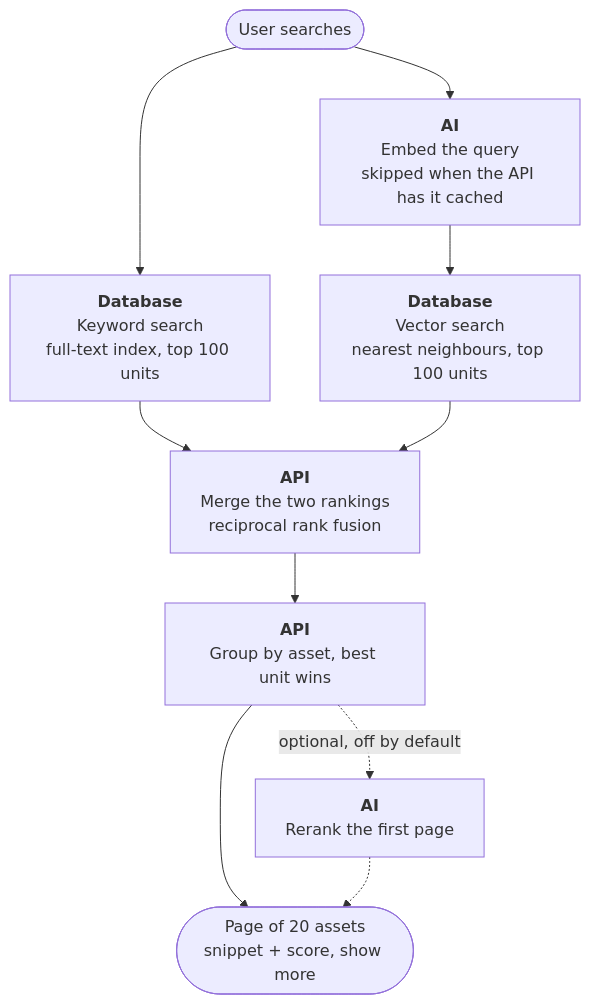
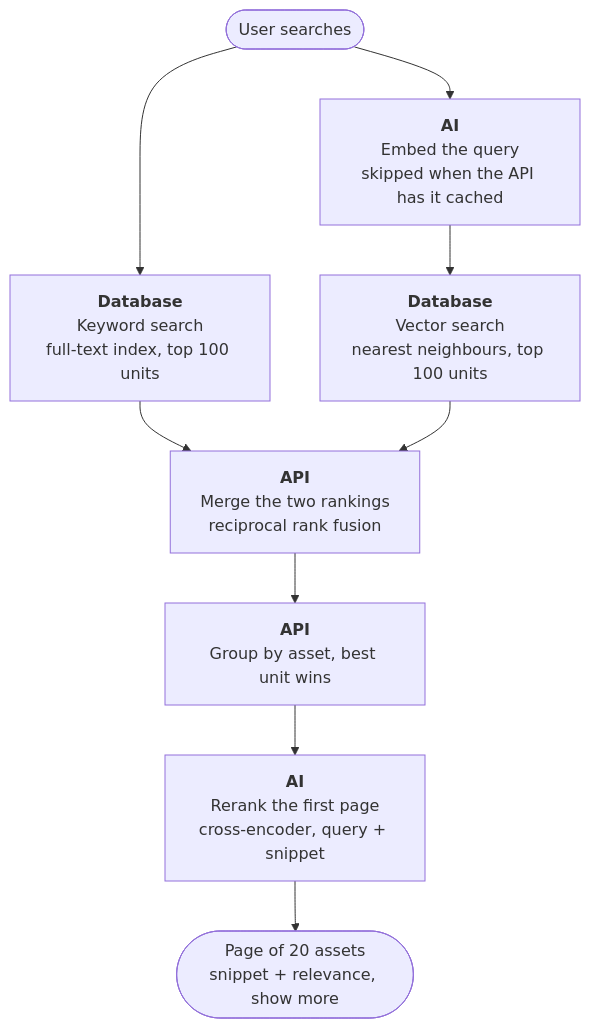
One commit to saarmichael/KMS changed the third of 3 diagrams in README.md. Above: the diagram before and after it, drawn with Mermaid. The commit also changed other lines of this file, not shown here.

Commit message:
readme: rerank is a step of search in both diagrams, no longer an optional side branch marked off by default; the overview names rerank among the AI services
Claude-Session: https://claude.ai/code/session_012KrSuqDVvJWFUhibTF4Vab

````diff
--- a/README.md
+++ b/README.md
@@ -86,12 +87,11 @@
 ```mermaid
 flowchart TD
   Q([User searches]) --> E[<b>AI</b><br/>Embed the query<br/>skipped when the API has it cached]
   Q --> K[<b>Database</b><br/>Keyword search<br/>full-text index, top 100 units]
   E --> V[<b>Database</b><br/>Vector search<br/>nearest neighbours, top 100 units]
   K --> F[<b>API</b><br/>Merge the two rankings<br/>reciprocal rank fusion]
   V --> F
   F --> G[<b>API</b><br/>Group by asset, best unit wins]
-  G -. "optional, off by default" .-> RR[<b>AI</b><br/>Rerank the first page]
-  G --> R([Page of 20 assets<br/>snippet + score, show more])
-  RR -.-> R
+  G --> RR[<b>AI</b><br/>Rerank the first page<br/>cross-encoder, query + snippet]
+  RR --> R([Page of 20 assets<br/>snippet + relevance, show more])
 ```
````
